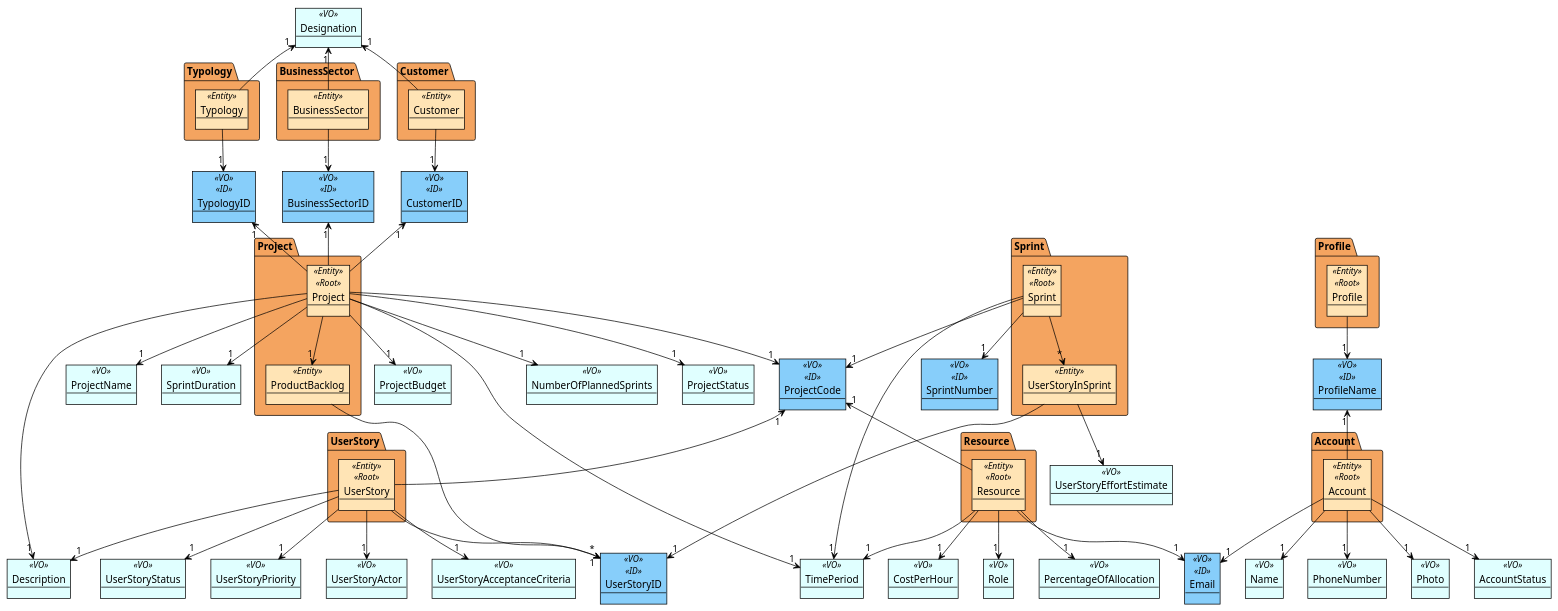
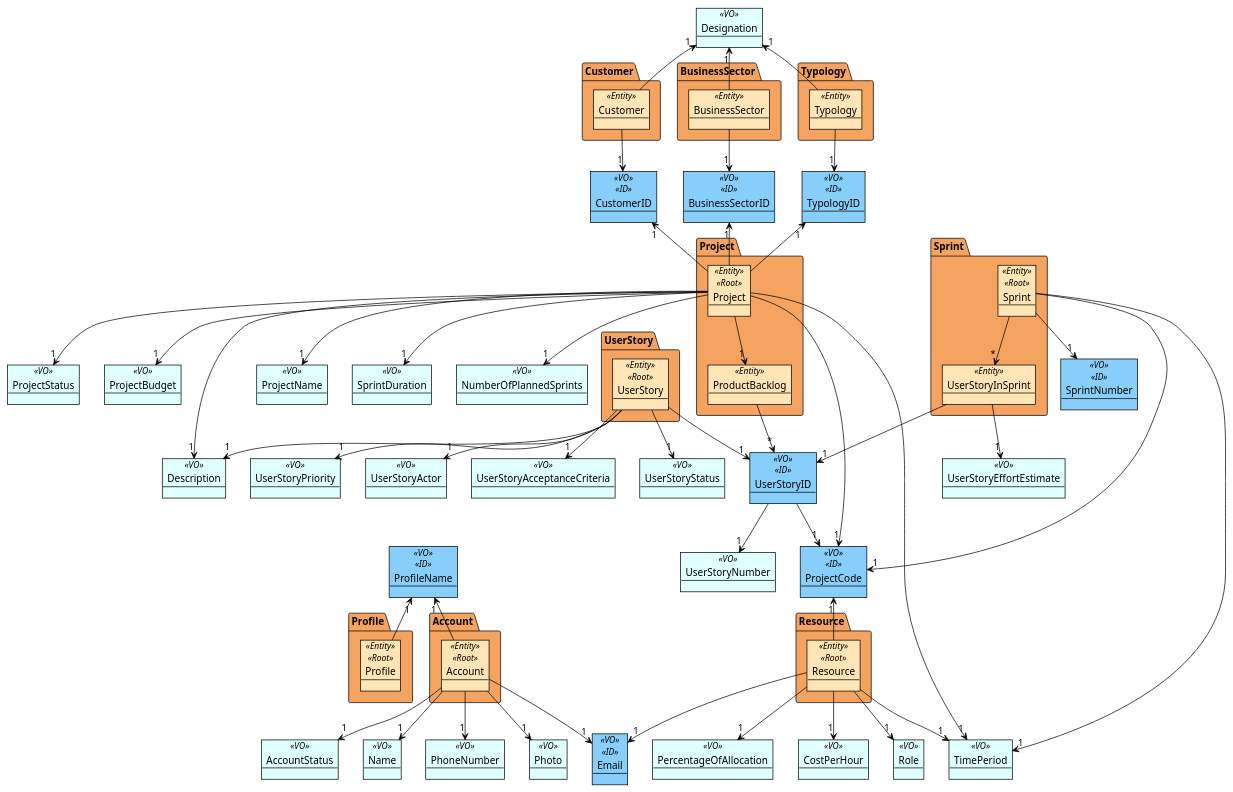
The diagram in docs/modelling_design/domain_model_diagram/domain_model_diagramDDD.puml (ivo-menezes/project_g3), drawn with PlantUML before and after one commit.

Commit message:
US017: Analysis: update DDD domain model to reflect changes to UserStoryID (addresses #37)

```diff
--- a/docs/modelling_design/domain_model_diagram/domain_model_diagramDDD.puml
+++ b/docs/modelling_design/domain_model_diagram/domain_model_diagramDDD.puml
@@ -1,151 +1,153 @@
 @startuml
 !theme plain
 'skinparam linetype ortho
 
 skinparam package {
     backgroundColor SandyBrown
 }
 
 skinparam object {
     backgroundColor LightCyan
 }
 
 skinparam object<<ID>> {
     backgroundColor LightSkyBlue
 }
 
 skinparam object<<Entity>> {
     backgroundColor Moccasin
 }
 
 ' - Value Objects
 ' -- plain VOs
 Object Name <<VO>>
 Object PhoneNumber <<VO>>
 Object Photo <<VO>>
 Object AccountStatus <<VO>>
 Object TimePeriod <<VO>>
 Object PercentageOfAllocation <<VO>>
 Object CostPerHour <<VO>>
 Object Role <<VO>>
 Object UserStoryActor <<VO>>
 Object Description <<VO>>
 Object UserStoryAcceptanceCriteria <<VO>>
 Object ProjectName <<VO>>
 Object SprintDuration <<VO>>
 Object NumberOfPlannedSprints <<VO>>
 Object ProjectStatus <<VO>>
 Object ProjectBudget <<VO>>
 Object UserStoryEffortEstimate <<VO>>
 Object UserStoryStatus <<VO>>
 Object UserStoryPriority <<VO>>
+Object UserStoryNumber <<VO>>
 Object Designation <<VO>>
 
 ' -- DomainID VOs
 Object ProjectCode <<VO>> <<ID>>
 Object SprintNumber <<VO>> <<ID>>
 Object UserStoryID <<VO>> <<ID>>
 Object Email <<VO>> <<ID>>
 Object ProfileName <<VO>> <<ID>>
 Object TypologyID <<VO>> <<ID>>
 Object BusinessSectorID <<VO>> <<ID>>
 Object CustomerID <<VO>> <<ID>>
 
 ' - Entities in Aggregates (packages)
 package "Project" as Proj {
     Object Project <<Entity>> <<Root>>
     Object ProductBacklog <<Entity>>
 }
 
 Project -down-> "1" ProductBacklog
 ProductBacklog --> "*" UserStoryID
 Project --> "1" ProjectCode
 Project --> "1" ProjectName
 Project --> "1" Description
 Project --> "1" TimePeriod
 Project --> "1" SprintDuration
 Project --> "1" NumberOfPlannedSprints
 Project --> "1" ProjectStatus
 Project --> "1" ProjectBudget
 
 package "Sprint" as Spr {
     Object Sprint <<Entity>> <<Root>>
     Object UserStoryInSprint <<Entity>>
 }
 
 Sprint --> "*" UserStoryInSprint
 Sprint --> "1" ProjectCode
 Sprint --> "1" SprintNumber
 Sprint --> "1" TimePeriod
 
 UserStoryInSprint --> "1" UserStoryID
 UserStoryInSprint --> "1" UserStoryEffortEstimate
 
 package "UserStory" as US {
     Object UserStory <<Entity>> <<Root>>
 }
 
-UserStory -up-> "1" ProjectCode
+UserStoryID --> "1" ProjectCode
+UserStoryID --> "1" UserStoryNumber
 UserStory --> "1" UserStoryID
 UserStory --> "1" UserStoryActor
 UserStory --> "1" Description
 UserStory --> "1" UserStoryAcceptanceCriteria
 UserStory --> "1" UserStoryStatus
 UserStory --> "1" UserStoryPriority
 
 
 package "Account" as Acc {
     Object Account <<Entity>> <<Root>>
 }
 
 Account --> "1" Name
 Account -->  "1" PhoneNumber
 Account --> "1" Email
 Account --> "1" Photo
 Account --> "1" AccountStatus
 
 
 package "Resource" as Res {
     Object Resource <<Entity>> <<Root>>
 }
 
 Resource --> "1" TimePeriod
 Resource --> "1" PercentageOfAllocation
 Resource --> "1" CostPerHour
 Resource --> "1" Role
 Resource -up-> "1" ProjectCode
 Resource --> "1" Email
 
 package Typology as Typo {
     Object Typology <<Entity>>
     }
 
 Typology -up-> "1" Designation
 Typology --> "1" TypologyID
 Project -up-> "1" TypologyID
 
 package BusinessSector as Bus {
     Object BusinessSector <<Entity>>
             }
 
 BusinessSector -up-> "1" Designation
 BusinessSector --> "1" BusinessSectorID
 Project -up-> "1" BusinessSectorID
 
 package Customer as Cost {
     Object Customer <<Entity>>
     }
 
 Customer -up-> "1" Designation
 Customer --> "1" CustomerID
 Project -up-> "1" CustomerID
 
 package "Profile" as Prof {
     Object Profile <<Entity>> <<Root>>
     }
 
-Profile --> "1" ProfileName
+Profile -up-> "1" ProfileName
 
 Account -up-> "1" ProfileName
 
 @enduml
```
